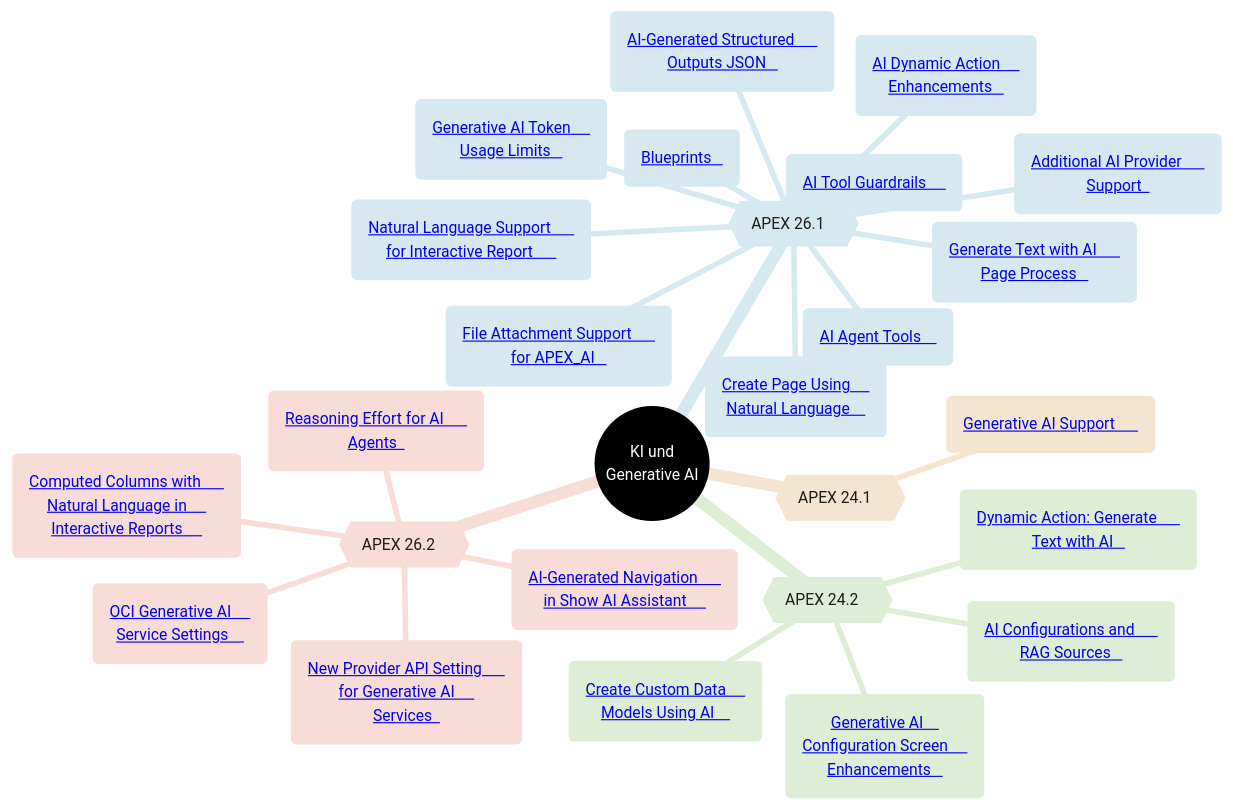
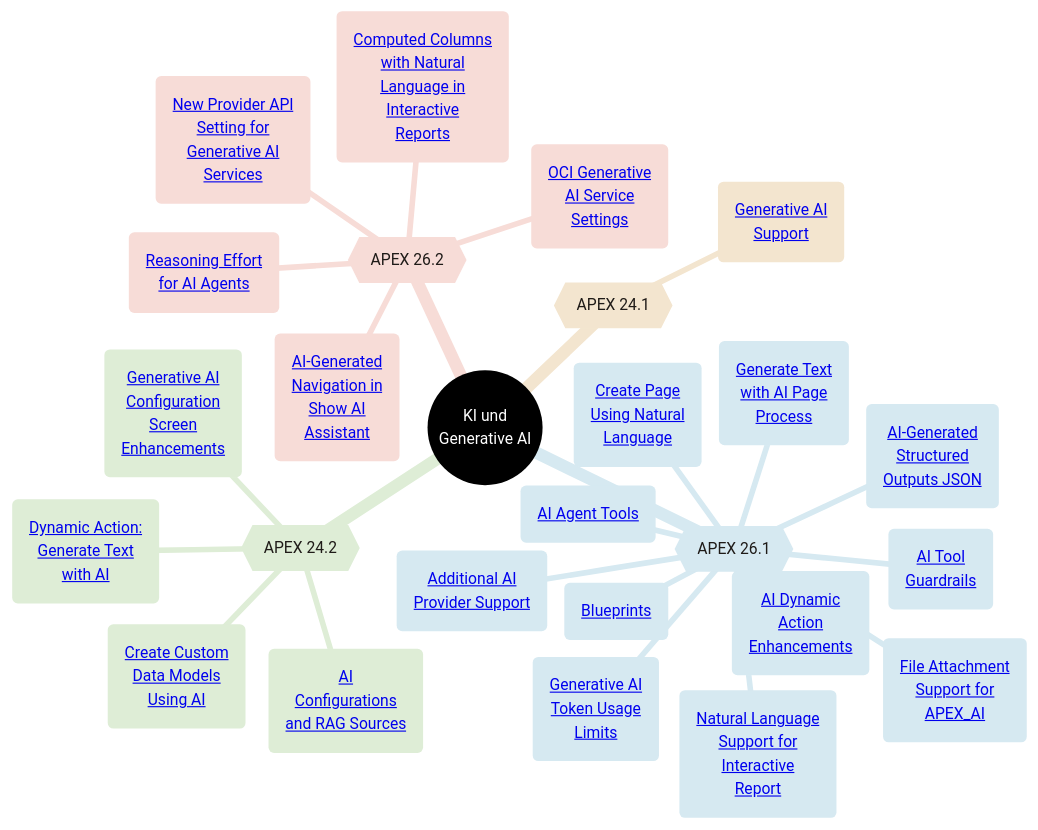
Before and after one commit to Nafets-Rezlop/apxnfo: the second of 3 diagrams in mindmap-ki-test.md, drawn with Mermaid. The commit also changed other lines of this file and 1 other file, not shown here.

Commit message:
Test: Zeilenumbruch nach 16 Zeichen, Label-Test entfernt
Claude-Session: https://claude.ai/code/session_012pd2kUotvyJHEfAwAnqqQM

````diff
--- a/mindmap-ki-test.md
+++ b/mindmap-ki-test.md
@@ -58,48 +58,48 @@
 ```mermaid
 ---
 config:
   theme: base
   themeVariables:
     fontSize: 14px
     primaryColor: "#312D2A"
     primaryTextColor: "#ffffff"
     lineColor: "#C74634"
     cScale0: "#312D2A"
     cScaleLabel0: "#ffffff"
     cScale1: "#F7DCD7"
     cScaleLabel1: "#1F1B18"
     cScale2: "#D6E9F1"
     cScaleLabel2: "#1F1B18"
     cScale3: "#DEEDD6"
     cScaleLabel3: "#1F1B18"
     cScale4: "#F3E5CF"
     cScaleLabel4: "#1F1B18"
 ---
 mindmap
   root(("KI und<br/>Generative AI"))
-    r262{{"APEX 26.2&nbsp;&nbsp;&nbsp;"}}
-      f262_0("<a href='https://docs.oracle.com/en/database/oracle/apex/26.2/htmrn/new-features.html#GUID-E3EC1EE4-8A4E-4CBE-9303-D5C170FA6DC9'>Reasoning Effort for AI&nbsp;&nbsp;&nbsp;&nbsp;&nbsp;&nbsp;<br/>Agents&nbsp;&nbsp;</a>")
-      f262_1("<a href='https://docs.oracle.com/en/database/oracle/apex/26.2/htmrn/new-features.html#GUID-31C88C7A-697C-46D6-AA1B-8C61D73A3607'>New Provider API Setting&nbsp;&nbsp;&nbsp;&nbsp;&nbsp;&nbsp;<br/>for Generative AI&nbsp;&nbsp;&nbsp;&nbsp;&nbsp;<br/>Services&nbsp;&nbsp;</a>")
-      f262_2("<a href='https://docs.oracle.com/en/database/oracle/apex/26.2/htmrn/new-features.html#GUID-112154A3-8209-4129-A363-DCF87183818D'>OCI Generative AI&nbsp;&nbsp;&nbsp;&nbsp;&nbsp;<br/>Service Settings&nbsp;&nbsp;&nbsp;&nbsp;</a>")
-      f262_3("<a href='https://docs.oracle.com/en/database/oracle/apex/26.2/htmrn/new-features.html#GUID-6AAA6EDC-D109-40FF-AFE4-B3BFEF064105'>AI-Generated Navigation&nbsp;&nbsp;&nbsp;&nbsp;&nbsp;&nbsp;<br/>in Show AI Assistant&nbsp;&nbsp;&nbsp;&nbsp;&nbsp;</a>")
-      f262_4("<a href='https://docs.oracle.com/en/database/oracle/apex/26.2/htmrn/new-features.html#GUID-4B21AEBB-7A81-4DB8-9ECD-9728E64C0AA8'>Computed Columns with&nbsp;&nbsp;&nbsp;&nbsp;&nbsp;&nbsp;<br/>Natural Language in&nbsp;&nbsp;&nbsp;&nbsp;&nbsp;<br/>Interactive Reports&nbsp;&nbsp;&nbsp;&nbsp;&nbsp;</a>")
-    r261{{"APEX 26.1&nbsp;&nbsp;&nbsp;"}}
-      f261_5("<a href='https://docs.oracle.com/en/database/oracle/apex/26.1/htmrn/new-features.html#GUID-97FD585A-B2FE-4D83-8EC9-B014CFA94A4F'>Natural Language Support&nbsp;&nbsp;&nbsp;&nbsp;&nbsp;&nbsp;<br/>for Interactive Report&nbsp;&nbsp;&nbsp;&nbsp;&nbsp;&nbsp;</a>")
-      f261_6("<a href='https://docs.oracle.com/en/database/oracle/apex/26.1/htmrn/new-features.html#GUID-65875D64-78DE-48CF-B9AE-1AD535FBC62A'>Create Page Using&nbsp;&nbsp;&nbsp;&nbsp;&nbsp;<br/>Natural Language&nbsp;&nbsp;&nbsp;&nbsp;</a>")
-      f261_7("<a href='https://docs.oracle.com/en/database/oracle/apex/26.1/htmrn/new-features.html#GUID-D8D70E73-BF6C-4CF3-8B3A-B20C2463AA92'>AI Agent Tools&nbsp;&nbsp;&nbsp;&nbsp;</a>")
-      f261_8("<a href='https://docs.oracle.com/en/database/oracle/apex/26.1/htmrn/new-features.html#GUID-D4DFB073-9A1D-4819-89BB-E223189FA7EA'>AI Tool Guardrails&nbsp;&nbsp;&nbsp;&nbsp;&nbsp;</a>")
-      f261_9("<a href='https://docs.oracle.com/en/database/oracle/apex/26.1/htmrn/new-features.html#GUID-64E68A65-83E3-4E27-BB9B-6A93491E3360'>Generate Text with AI&nbsp;&nbsp;&nbsp;&nbsp;&nbsp;&nbsp;<br/>Page Process&nbsp;&nbsp;&nbsp;</a>")
-      f261_10("<a href='https://docs.oracle.com/en/database/oracle/apex/26.1/htmrn/new-features.html#GUID-32B7FD4E-822A-4F31-995A-49629F46D05E'>AI-Generated Structured&nbsp;&nbsp;&nbsp;&nbsp;&nbsp;&nbsp;<br/>Outputs JSON&nbsp;&nbsp;&nbsp;</a>")
-      f261_11("<a href='https://docs.oracle.com/en/database/oracle/apex/26.1/htmrn/new-features.html#GUID-90A11DF5-356B-498D-8305-C0F4358265FA'>Generative AI Token&nbsp;&nbsp;&nbsp;&nbsp;&nbsp;<br/>Usage Limits&nbsp;&nbsp;&nbsp;</a>")
-      f261_12("<a href='https://docs.oracle.com/en/database/oracle/apex/26.1/htmrn/new-features.html#GUID-2BBD7696-4F50-4DEF-834A-0DA80D26DF57'>Additional AI Provider&nbsp;&nbsp;&nbsp;&nbsp;&nbsp;&nbsp;<br/>Support&nbsp;&nbsp;</a>")
-      f261_13("<a href='https://docs.oracle.com/en/database/oracle/apex/26.1/htmrn/new-features.html#GUID-4378479C-E9E8-4D00-9B77-5894E56BDFB8'>AI Dynamic Action&nbsp;&nbsp;&nbsp;&nbsp;&nbsp;<br/>Enhancements&nbsp;&nbsp;&nbsp;</a>")
-      f261_14("<a href='https://docs.oracle.com/en/database/oracle/apex/26.1/htmrn/new-features.html#GUID-4DEE6D63-8818-419B-9111-769AF8661AD2'>Blueprints&nbsp;&nbsp;&nbsp;</a>")
-      f261_15("<a href='https://docs.oracle.com/en/database/oracle/apex/26.1/htmrn/new-features.html#GUID-D44EA632-F671-46CB-9AF7-B364E8843351'>File Attachment Support&nbsp;&nbsp;&nbsp;&nbsp;&nbsp;&nbsp;<br/>for APEX_AI&nbsp;&nbsp;&nbsp;</a>")
-    r242{{"APEX 24.2&nbsp;&nbsp;&nbsp;"}}
-      f242_16("<a href='https://docs.oracle.com/en/database/oracle/apex/24.2/htmrn/new-features.html#GUID-3E6CC92E-A56C-4002-BC68-072A14D66D86'>Dynamic Action: Generate&nbsp;&nbsp;&nbsp;&nbsp;&nbsp;&nbsp;<br/>Text with AI&nbsp;&nbsp;&nbsp;</a>")
-      f242_17("<a href='https://docs.oracle.com/en/database/oracle/apex/24.2/htmrn/new-features.html#GUID-9BE115BE-5CFA-4A68-8FBB-3AFDCAD752FB'>Create Custom Data&nbsp;&nbsp;&nbsp;&nbsp;&nbsp;<br/>Models Using AI&nbsp;&nbsp;&nbsp;&nbsp;</a>")
-      f242_18("<a href='https://docs.oracle.com/en/database/oracle/apex/24.2/htmrn/new-features.html#GUID-53C1F273-1F73-4E3F-BFC2-EDA2B1DABA93'>AI Configurations and&nbsp;&nbsp;&nbsp;&nbsp;&nbsp;&nbsp;<br/>RAG Sources&nbsp;&nbsp;&nbsp;</a>")
-      f242_19("<a href='https://docs.oracle.com/en/database/oracle/apex/24.2/htmrn/new-features.html#GUID-3E75A967-82A2-42D5-8950-4B050B47507D'>Generative AI&nbsp;&nbsp;&nbsp;&nbsp;<br/>Configuration Screen&nbsp;&nbsp;&nbsp;&nbsp;&nbsp;<br/>Enhancements&nbsp;&nbsp;&nbsp;</a>")
-    r241{{"APEX 24.1&nbsp;&nbsp;&nbsp;"}}
-      f241_20("<a href='https://docs.oracle.com/en/database/oracle/apex/24.1/htmrn/new-features.html#GUID-58986BEB-A222-4976-A48E-E364DAD38406'>Generative AI Support&nbsp;&nbsp;&nbsp;&nbsp;&nbsp;&nbsp;</a>")
+    r262{{"APEX 26.2"}}
+      f262_0("<a href='https://docs.oracle.com/en/database/oracle/apex/26.2/htmrn/new-features.html#GUID-E3EC1EE4-8A4E-4CBE-9303-D5C170FA6DC9'>Reasoning Effort<br/>for AI Agents</a>")
+      f262_1("<a href='https://docs.oracle.com/en/database/oracle/apex/26.2/htmrn/new-features.html#GUID-31C88C7A-697C-46D6-AA1B-8C61D73A3607'>New Provider API<br/>Setting for<br/>Generative AI<br/>Services</a>")
+      f262_2("<a href='https://docs.oracle.com/en/database/oracle/apex/26.2/htmrn/new-features.html#GUID-112154A3-8209-4129-A363-DCF87183818D'>OCI Generative<br/>AI Service<br/>Settings</a>")
+      f262_3("<a href='https://docs.oracle.com/en/database/oracle/apex/26.2/htmrn/new-features.html#GUID-6AAA6EDC-D109-40FF-AFE4-B3BFEF064105'>AI-Generated<br/>Navigation in<br/>Show AI<br/>Assistant</a>")
+      f262_4("<a href='https://docs.oracle.com/en/database/oracle/apex/26.2/htmrn/new-features.html#GUID-4B21AEBB-7A81-4DB8-9ECD-9728E64C0AA8'>Computed Columns<br/>with Natural<br/>Language in<br/>Interactive<br/>Reports</a>")
+    r261{{"APEX 26.1"}}
+      f261_5("<a href='https://docs.oracle.com/en/database/oracle/apex/26.1/htmrn/new-features.html#GUID-97FD585A-B2FE-4D83-8EC9-B014CFA94A4F'>Natural Language<br/>Support for<br/>Interactive<br/>Report</a>")
+      f261_6("<a href='https://docs.oracle.com/en/database/oracle/apex/26.1/htmrn/new-features.html#GUID-65875D64-78DE-48CF-B9AE-1AD535FBC62A'>Create Page<br/>Using Natural<br/>Language</a>")
+      f261_7("<a href='https://docs.oracle.com/en/database/oracle/apex/26.1/htmrn/new-features.html#GUID-D8D70E73-BF6C-4CF3-8B3A-B20C2463AA92'>AI Agent Tools</a>")
+      f261_8("<a href='https://docs.oracle.com/en/database/oracle/apex/26.1/htmrn/new-features.html#GUID-D4DFB073-9A1D-4819-89BB-E223189FA7EA'>AI Tool<br/>Guardrails</a>")
+      f261_9("<a href='https://docs.oracle.com/en/database/oracle/apex/26.1/htmrn/new-features.html#GUID-64E68A65-83E3-4E27-BB9B-6A93491E3360'>Generate Text<br/>with AI Page<br/>Process</a>")
+      f261_10("<a href='https://docs.oracle.com/en/database/oracle/apex/26.1/htmrn/new-features.html#GUID-32B7FD4E-822A-4F31-995A-49629F46D05E'>AI-Generated<br/>Structured<br/>Outputs JSON</a>")
+      f261_11("<a href='https://docs.oracle.com/en/database/oracle/apex/26.1/htmrn/new-features.html#GUID-90A11DF5-356B-498D-8305-C0F4358265FA'>Generative AI<br/>Token Usage<br/>Limits</a>")
+      f261_12("<a href='https://docs.oracle.com/en/database/oracle/apex/26.1/htmrn/new-features.html#GUID-2BBD7696-4F50-4DEF-834A-0DA80D26DF57'>Additional AI<br/>Provider Support</a>")
+      f261_13("<a href='https://docs.oracle.com/en/database/oracle/apex/26.1/htmrn/new-features.html#GUID-4378479C-E9E8-4D00-9B77-5894E56BDFB8'>AI Dynamic<br/>Action<br/>Enhancements</a>")
+      f261_14("<a href='https://docs.oracle.com/en/database/oracle/apex/26.1/htmrn/new-features.html#GUID-4DEE6D63-8818-419B-9111-769AF8661AD2'>Blueprints</a>")
+      f261_15("<a href='https://docs.oracle.com/en/database/oracle/apex/26.1/htmrn/new-features.html#GUID-D44EA632-F671-46CB-9AF7-B364E8843351'>File Attachment<br/>Support for<br/>APEX_AI</a>")
+    r242{{"APEX 24.2"}}
+      f242_16("<a href='https://docs.oracle.com/en/database/oracle/apex/24.2/htmrn/new-features.html#GUID-3E6CC92E-A56C-4002-BC68-072A14D66D86'>Dynamic Action:<br/>Generate Text<br/>with AI</a>")
+      f242_17("<a href='https://docs.oracle.com/en/database/oracle/apex/24.2/htmrn/new-features.html#GUID-9BE115BE-5CFA-4A68-8FBB-3AFDCAD752FB'>Create Custom<br/>Data Models<br/>Using AI</a>")
+      f242_18("<a href='https://docs.oracle.com/en/database/oracle/apex/24.2/htmrn/new-features.html#GUID-53C1F273-1F73-4E3F-BFC2-EDA2B1DABA93'>AI<br/>Configurations<br/>and RAG Sources</a>")
+      f242_19("<a href='https://docs.oracle.com/en/database/oracle/apex/24.2/htmrn/new-features.html#GUID-3E75A967-82A2-42D5-8950-4B050B47507D'>Generative AI<br/>Configuration<br/>Screen<br/>Enhancements</a>")
+    r241{{"APEX 24.1"}}
+      f241_20("<a href='https://docs.oracle.com/en/database/oracle/apex/24.1/htmrn/new-features.html#GUID-58986BEB-A222-4976-A48E-E364DAD38406'>Generative AI<br/>Support</a>")
 ```
````
